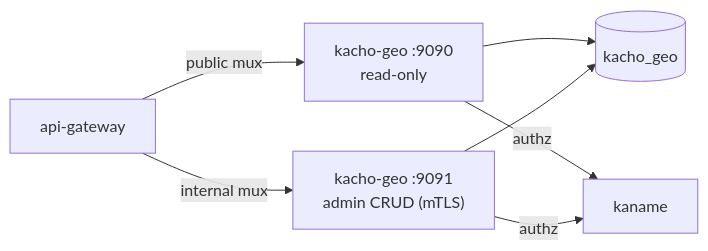
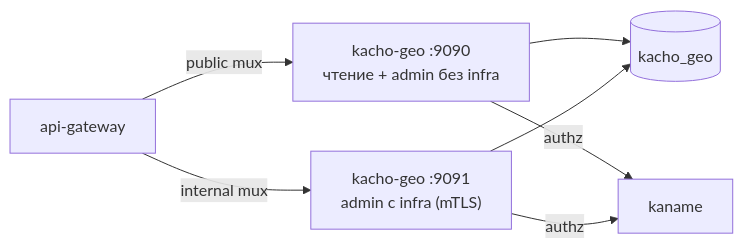
The diagram in services/geo/docs/content/install/deploy.mdx (PRO-Robotech/kacho), drawn with Mermaid before and after one commit. The commit also changed other lines of this file and 48 other files, not shown here.

````diff
--- a/services/geo/docs/content/install/deploy.mdx
+++ b/services/geo/docs/content/install/deploy.mdx
@@ -80,9 +80,9 @@
 ```mermaid
 flowchart LR
-  agw["api-gateway"] -->|"public mux"| pub["kacho-geo :9090<br/>read-only"]
-  agw -->|"internal mux"| int["kacho-geo :9091<br/>admin CRUD (mTLS)"]
+  agw["api-gateway"] -->|"public mux"| pub["kacho-geo :9090<br/>чтение + admin без infra"]
+  agw -->|"internal mux"| int["kacho-geo :9091<br/>admin с infra (mTLS)"]
   pub --> pg[("kacho_geo")]
   int --> pg
   pub -->|"authz"| iam["kaname"]
   int -->|"authz"| iam
 ```
````
